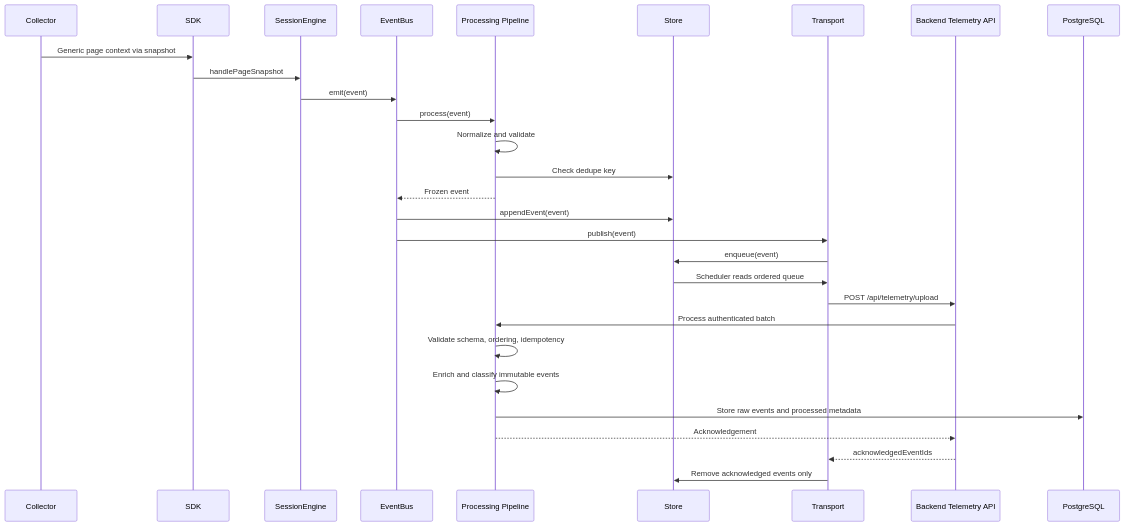
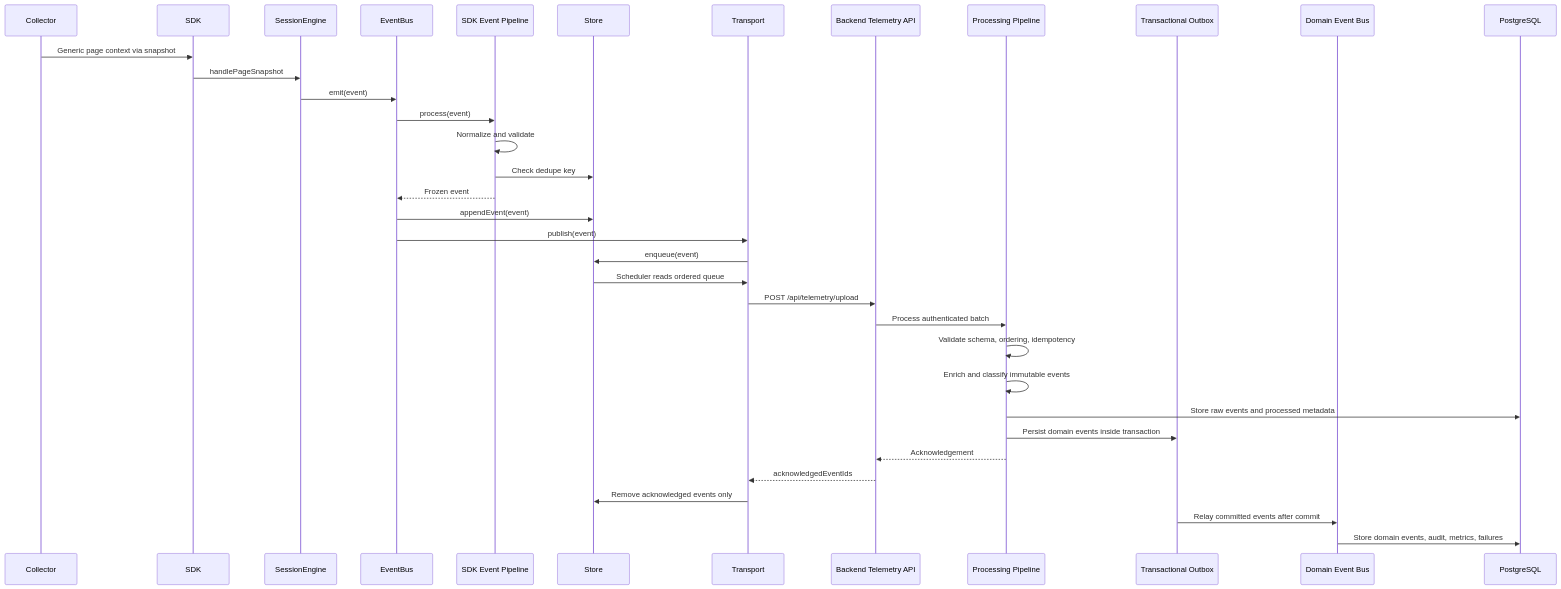
The diagram in docs/sequence/telemetry-flow.md (Absosh/CPInsight), drawn with Mermaid before and after one commit. The commit also changed 30 other files, not shown here.

Commit message:
feat(events): add transactional outbox relay

````diff
--- a/docs/sequence/telemetry-flow.md
+++ b/docs/sequence/telemetry-flow.md
@@ -5,33 +5,38 @@
 ```mermaid
 sequenceDiagram
   participant Collector
   participant SDK
   participant SessionEngine
   participant EventBus
-  participant Pipeline
+  participant SdkPipeline as SDK Event Pipeline
   participant Store
   participant Transport
   participant API as Backend Telemetry API
-  participant Pipeline as Processing Pipeline
+  participant Processing as Processing Pipeline
+  participant Outbox as Transactional Outbox
+  participant DomainBus as Domain Event Bus
   participant DB as PostgreSQL
 
   Collector->>SDK: Generic page context via snapshot
   SDK->>SessionEngine: handlePageSnapshot
   SessionEngine->>EventBus: emit(event)
-  EventBus->>Pipeline: process(event)
-  Pipeline->>Pipeline: Normalize and validate
-  Pipeline->>Store: Check dedupe key
-  Pipeline-->>EventBus: Frozen event
+  EventBus->>SdkPipeline: process(event)
+  SdkPipeline->>SdkPipeline: Normalize and validate
+  SdkPipeline->>Store: Check dedupe key
+  SdkPipeline-->>EventBus: Frozen event
   EventBus->>Store: appendEvent(event)
   EventBus->>Transport: publish(event)
   Transport->>Store: enqueue(event)
   Store->>Transport: Scheduler reads ordered queue
   Transport->>API: POST /api/telemetry/upload
-  API->>Pipeline: Process authenticated batch
-  Pipeline->>Pipeline: Validate schema, ordering, idempotency
-  Pipeline->>Pipeline: Enrich and classify immutable events
-  Pipeline->>DB: Store raw events and processed metadata
-  Pipeline-->>API: Acknowledgement
+  API->>Processing: Process authenticated batch
+  Processing->>Processing: Validate schema, ordering, idempotency
+  Processing->>Processing: Enrich and classify immutable events
+  Processing->>DB: Store raw events and processed metadata
+  Processing->>Outbox: Persist domain events inside transaction
+  Processing-->>API: Acknowledgement
   API-->>Transport: acknowledgedEventIds
   Transport->>Store: Remove acknowledged events only
+  Outbox->>DomainBus: Relay committed events after commit
+  DomainBus->>DB: Store domain events, audit, metrics, failures
 ```
````
